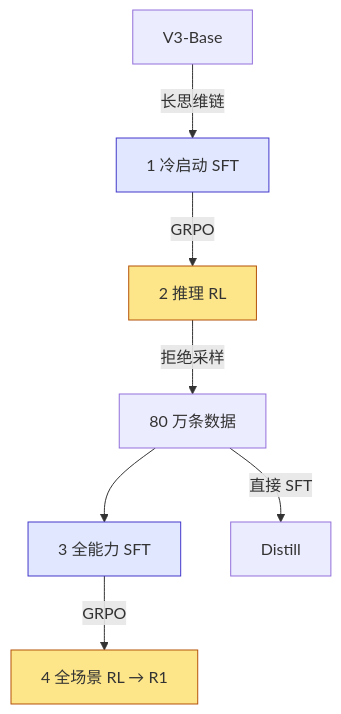
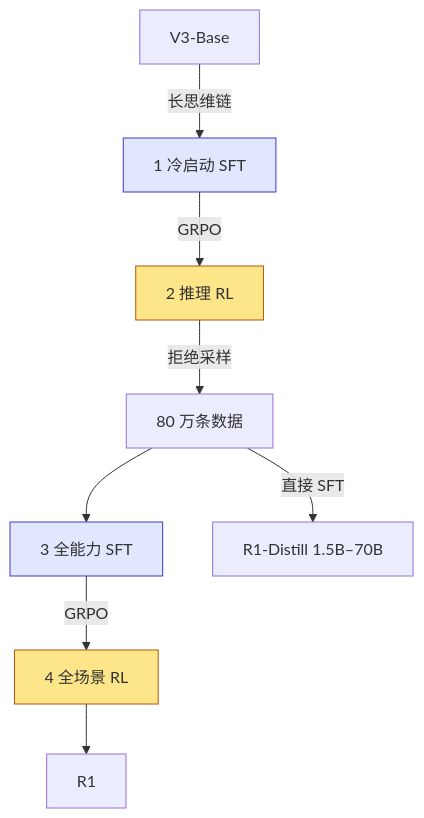
The sixth of 7 diagrams in slides/2026-04-23-post-training.md (arganzheng/arganzheng.github.com), drawn with Mermaid before and after one commit.

Commit message:
slides/post-training: restore dropped mermaid nodes/branches (semantic audit) — split long flows to v sub-slides

````diff
--- a/slides/2026-04-23-post-training.md
+++ b/slides/2026-04-23-post-training.md
@@ -198,14 +198,14 @@
 ```mermaid
 %%{init: {"flowchart": {"wrappingWidth": 210}}}%%
 flowchart TB
     B["V3-Base"] -->|"长思维链"| S1["1 冷启动 SFT"]
     S1 -->|"GRPO"| S2["2 推理 RL"]
     S2 -->|"拒绝采样"| D["80 万条数据"]
     D --> S3["3 全能力 SFT"]
-    S3 -->|"GRPO"| S4["4 全场景 RL → R1"]
-    D -->|"直接 SFT"| DIST["Distill"]
+    S3 -->|"GRPO"| S4["4 全场景 RL"] --> R1["R1"]
+    D -->|"直接 SFT"| DIST["R1-Distill 1.5B–70B"]
     classDef rl fill:#fde68a,stroke:#b45309
     classDef sft fill:#e0e7ff,stroke:#4338ca
     class S2,S4 rl
     class S1,S3 sft
 ```
````
